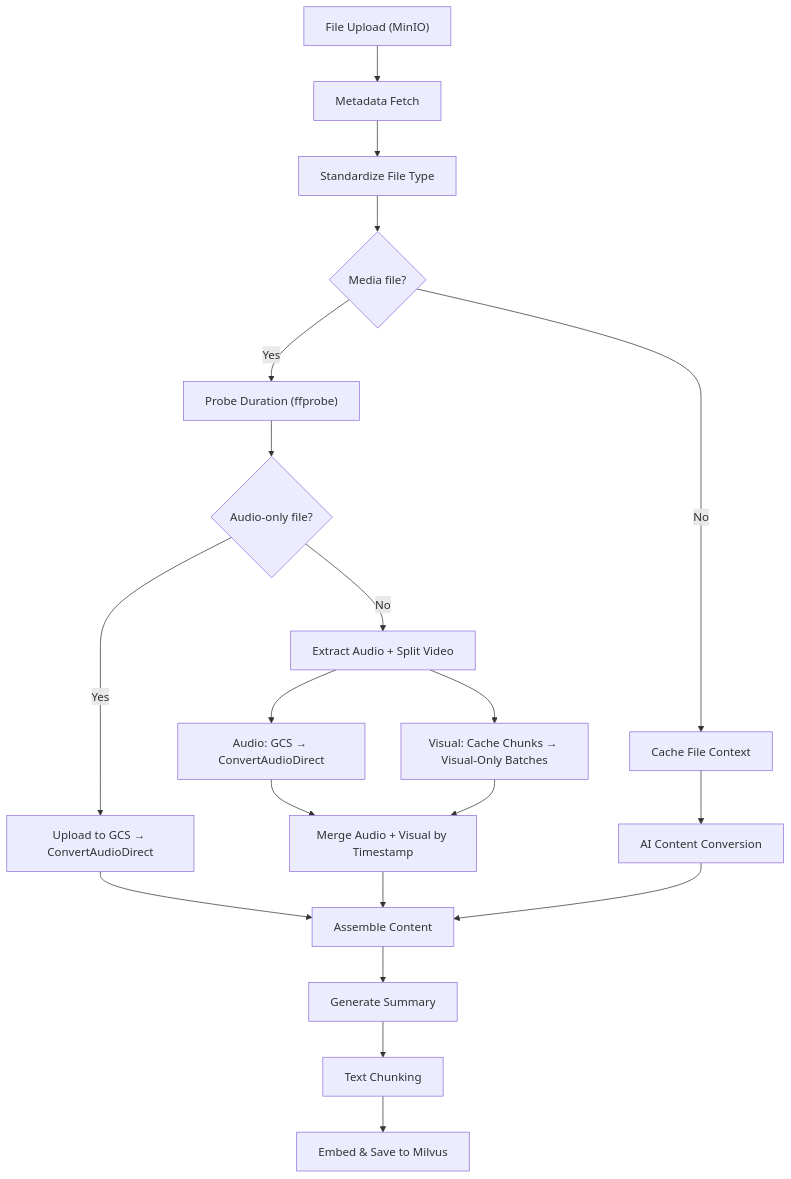
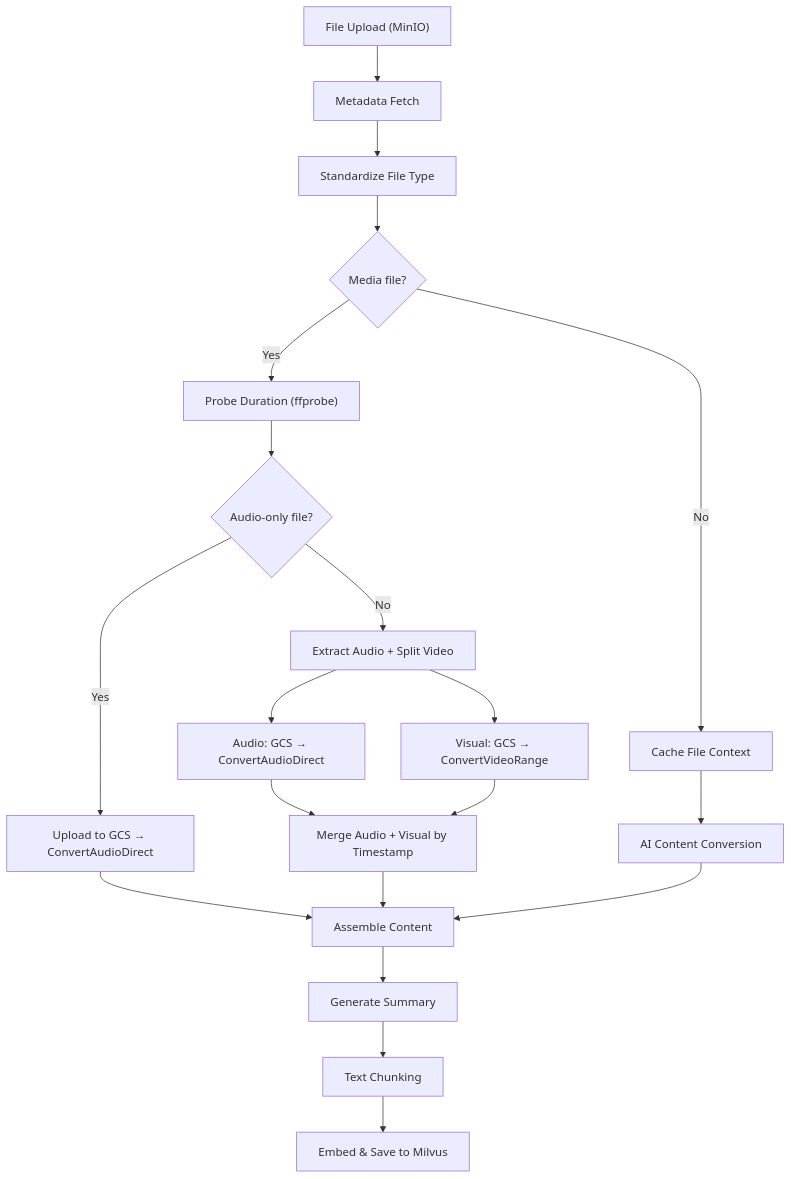
Before and after one commit to instill-ai/artifact-backend: the first of 6 diagrams in docs/rag-indexing.md, drawn with Mermaid. The commit also changed other lines of this file and 13 other files, not shown here.

````diff
--- a/docs/rag-indexing.md
+++ b/docs/rag-indexing.md
@@ -7,22 +7,22 @@
 ```mermaid
 flowchart TD
     Upload["File Upload (MinIO)"] --> Meta["Metadata Fetch"]
     Meta --> Std["Standardize File Type"]
     Std --> Probe{"Media file?"}
     Probe -->|Yes| Duration["Probe Duration (ffprobe)"]
     Probe -->|No| Cache["Cache File Context"]
     Duration --> AudioOnly{"Audio-only file?"}
     AudioOnly -->|Yes| GCSAudio["Upload to GCS → ConvertAudioDirect"]
     AudioOnly -->|No| HybridSplit["Extract Audio + Split Video"]
     HybridSplit --> AudioBranch["Audio: GCS → ConvertAudioDirect"]
-    HybridSplit --> VisualBranch["Visual: Cache Chunks → Visual-Only Batches"]
+    HybridSplit --> VisualBranch["Visual: GCS → ConvertVideoRange"]
     AudioBranch --> Merge["Merge Audio + Visual by Timestamp"]
     VisualBranch --> Merge
     Cache --> Convert["AI Content Conversion"]
     GCSAudio --> Assemble["Assemble Content"]
     Convert --> Assemble
     Merge --> Assemble
     Assemble --> Summary["Generate Summary"]
     Summary --> Chunk["Text Chunking"]
     Chunk --> Embed["Embed & Save to Milvus"]
 ```
````
